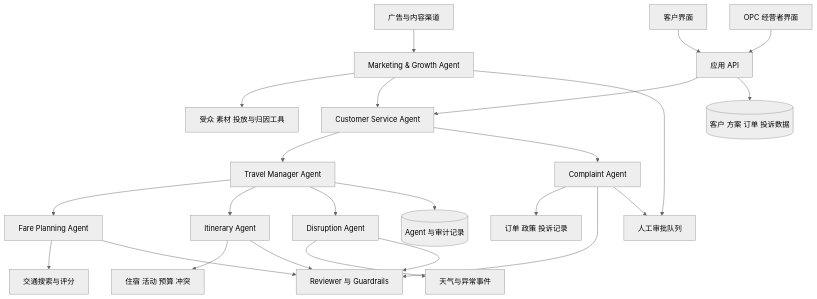
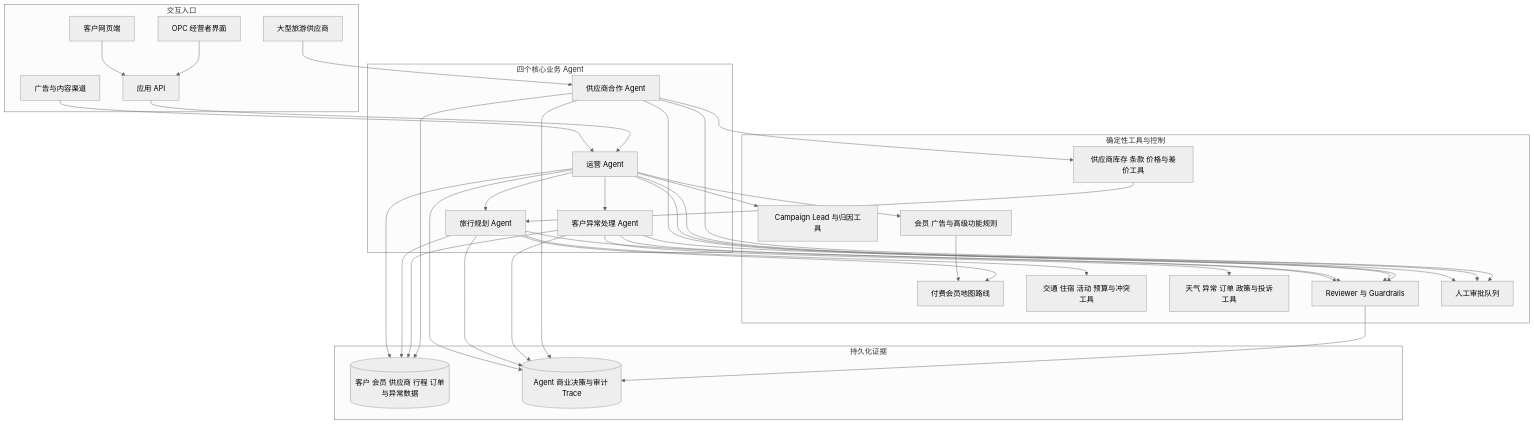
The second of 4 diagrams in README.zh-CN.md (jiahengguo/Thu-11-13-Group6), drawn with Mermaid (neutral theme) before and after one commit. The commit also changed other lines of this file and 1 other file, not shown here.

````diff
--- a/README.zh-CN.md
+++ b/README.zh-CN.md
@@ -114,26 +161,64 @@
 ```mermaid
 flowchart TB
-    Channels[广告与内容渠道] --> Growth[Marketing & Growth Agent]
-    Growth --> CampaignTools[受众 素材 投放与归因工具]
-    Growth --> Service
-    Growth --> Human
-    Customer[客户界面] --> API[应用 API]
-    Operator[OPC 经营者界面] --> API
-    API --> Service[Customer Service Agent]
-    Service --> Manager[Travel Manager Agent]
-    Service --> Complaint[Complaint Agent]
-    Manager --> Fare[Fare Planning Agent]
-    Manager --> Itinerary[Itinerary Agent]
-    Manager --> Disruption[Disruption Agent]
-    Fare --> TransportTools[交通搜索与评分]
-    Itinerary --> PlanTools[住宿 活动 预算 冲突]
-    Disruption --> EventTools[天气与异常事件]
-    Complaint --> SupportTools[订单 政策 投诉记录]
-    Fare --> Review[Reviewer 与 Guardrails]
-    Itinerary --> Review
-    Disruption --> Review
-    Complaint --> Review
-    API --> Data[(客户 方案 订单 投诉数据)]
-    Manager --> Trace[(Agent 与审计记录)]
-    Complaint --> Human[人工审批队列]
+    subgraph Interfaces[交互入口]
+        Channels[广告与内容渠道]
+        Customer[客户网页端]
+        Operator[OPC 经营者界面]
+        Providers[大型旅游供应商]
+        API[应用 API]
+    end
+
+    subgraph Core[四个核心业务 Agent]
+        Ops[运营 Agent]
+        Planner[旅行规划 Agent]
+        Exception[客户异常处理 Agent]
+        Supplier[供应商合作 Agent]
+    end
+
+    subgraph Services[确定性工具与控制]
+        Campaign[Campaign Lead 与归因工具]
+        Entitlement[会员 广告与高级功能规则]
+        Map[付费会员地图路线]
+        Inventory[供应商库存 条款 价格与差价工具]
+        PlanTools[交通 住宿 活动 预算与冲突工具]
+        ExceptionTools[天气 异常 订单 政策与投诉工具]
+        Guardrail[Reviewer 与 Guardrails]
+        Approval[人工审批队列]
+    end
+
+    subgraph Records[持久化证据]
+        Data[(客户 会员 供应商 行程 订单与异常数据)]
+        Trace[(Agent 商业决策与审计 Trace)]
+    end
+
+    Channels --> Ops
+    Customer --> API
+    Operator --> API
+    API --> Ops
+    Providers --> Supplier
+    Ops --> Campaign
+    Ops --> Entitlement
+    Entitlement --> Map
+    Ops --> Planner
+    Ops --> Exception
+    Supplier --> Inventory --> Planner
+    Planner --> PlanTools
+    Planner --> Map
+    Exception --> ExceptionTools
+    Planner --> Guardrail
+    Exception --> Guardrail
+    Supplier --> Guardrail
+    Ops --> Guardrail
+    Ops --> Approval
+    Exception --> Approval
+    Supplier --> Approval
+    Ops --> Data
+    Planner --> Data
+    Exception --> Data
+    Supplier --> Data
+    Ops --> Trace
+    Planner --> Trace
+    Exception --> Trace
+    Supplier --> Trace
+    Guardrail --> Trace
 ```
````
